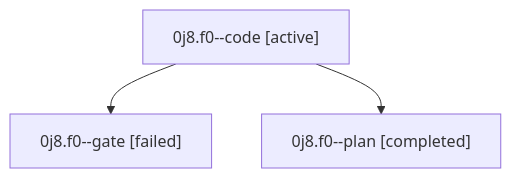
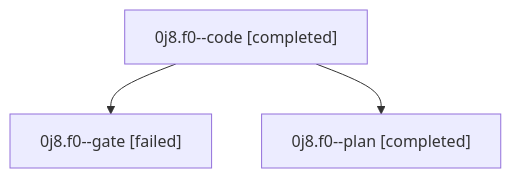
One commit to sase-org/sase--agents changed the diagram in families/bbugyi200.athena.0j8.f0.md. Above: the diagram before and after it, drawn with Mermaid. The commit also changed other lines of this file and 43 other files, not shown here.

````diff
--- a/families/bbugyi200.athena.0j8.f0.md
+++ b/families/bbugyi200.athena.0j8.f0.md
@@ -9,8 +9,8 @@
 ```mermaid
 flowchart TD
-  n0["0j8.f0--code [active]"]
+  n0["0j8.f0--code [completed]"]
   n1["0j8.f0--gate [failed]"]
   n0 --> n1
   n2["0j8.f0--plan [completed]"]
   n0 --> n2
 ```
````
